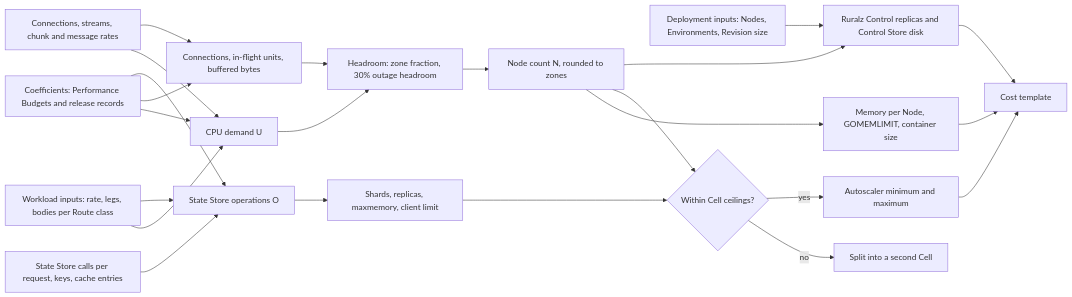
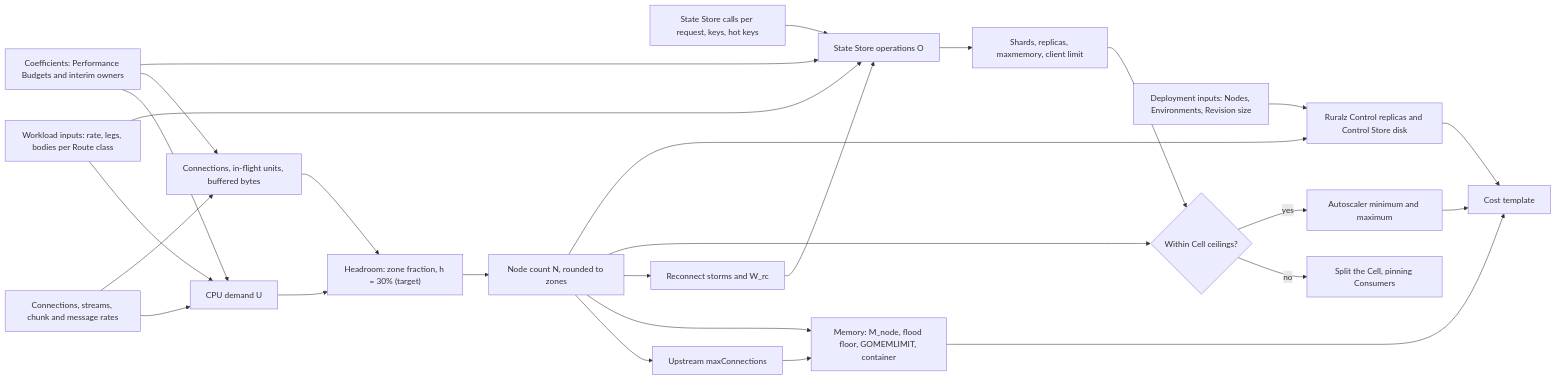
Before and after one commit to ravindu-rev/ruralz: the diagram in docs/operations/03-capacity-planning.md, drawn with Mermaid. The commit also changed other lines of this file and 14 other files, not shown here.

````diff
--- a/docs/operations/03-capacity-planning.md
+++ b/docs/operations/03-capacity-planning.md
@@ -67,42 +70,48 @@
 ```mermaid
 flowchart LR
     wl["Workload inputs: rate, legs, bodies per Route class"]
     st["Connections, streams, chunk and message rates"]
-    ssin["State Store calls per request, keys, cache entries"]
+    ssin["State Store calls per request, keys, hot keys"]
     fl["Deployment inputs: Nodes, Environments, Revision size"]
-    coef["Coefficients: Performance Budgets and release records"]
+    coef["Coefficients: Performance Budgets and interim owners"]
     cpu["CPU demand U"]
     units["Connections, in-flight units, buffered bytes"]
-    hr["Headroom: zone fraction, 30% outage headroom"]
+    hr["Headroom: zone fraction, h = 30% (target)"]
     nodes["Node count N, rounded to zones"]
-    mem["Memory per Node, GOMEMLIMIT, container size"]
+    upst["Upstream maxConnections"]
+    mem["Memory: M_node, flood floor, GOMEMLIMIT, container"]
+    storm["Reconnect storms and W_rc"]
     ops["State Store operations O"]
     shards["Shards, replicas, maxmemory, client limit"]
     cell{"Within Cell ceilings?"}
-    split["Split into a second Cell"]
+    split["Split the Cell, pinning Consumers"]
     rc["Ruralz Control replicas and Control Store disk"]
     auto["Autoscaler minimum and maximum"]
     cost["Cost template"]
     wl --> cpu
     st --> cpu
     st --> units
     coef --> cpu
     coef --> units
     coef --> ops
     cpu --> hr
     units --> hr
     hr --> nodes
+    nodes --> upst
     nodes --> mem
+    upst --> mem
+    nodes --> storm
+    storm --> ops
     ssin --> ops
     wl --> ops
     ops --> shards
     nodes --> cell
     shards --> cell
     cell -- "no" --> split
     cell -- "yes" --> auto
     nodes --> rc
     fl --> rc
     auto --> cost
     mem --> cost
     rc --> cost
 ```
````
